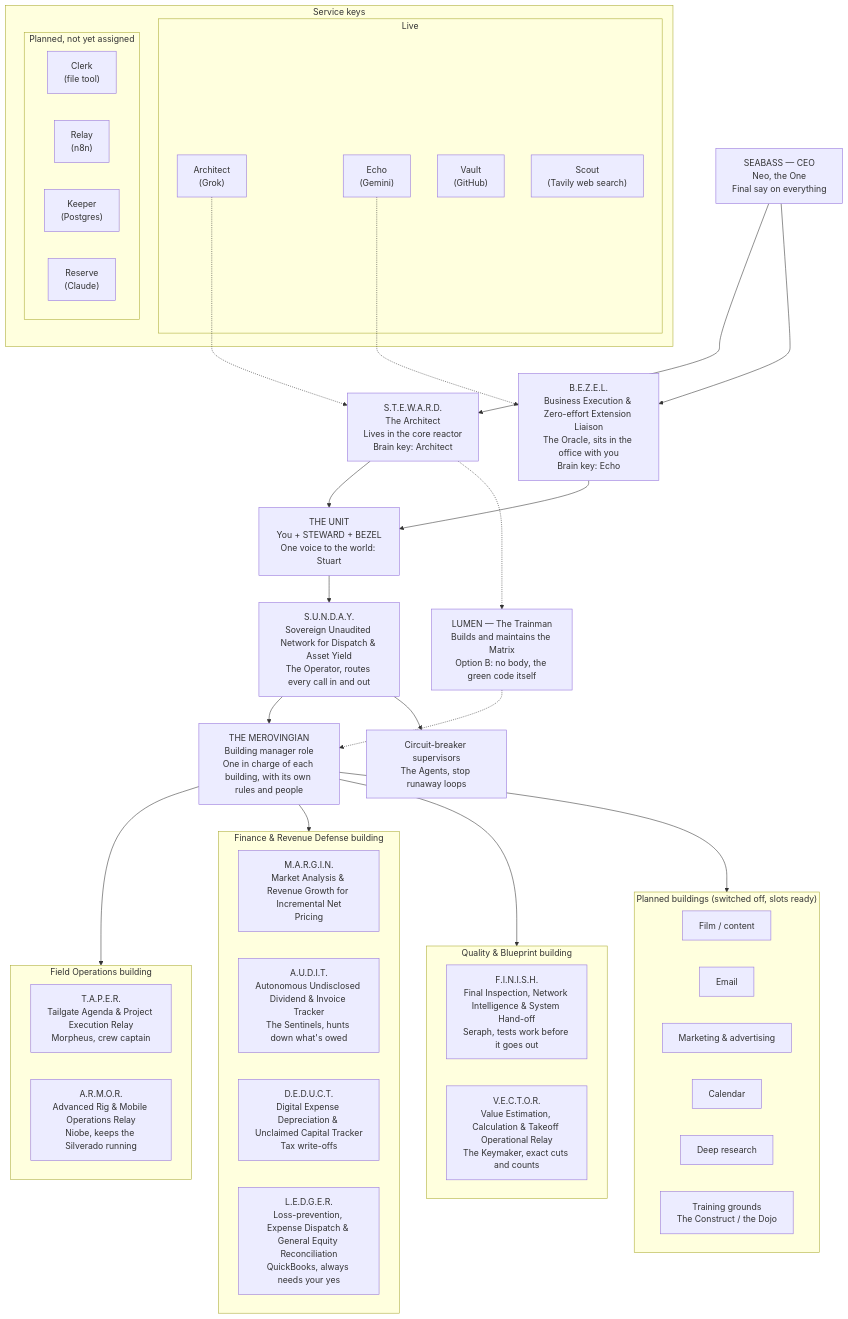
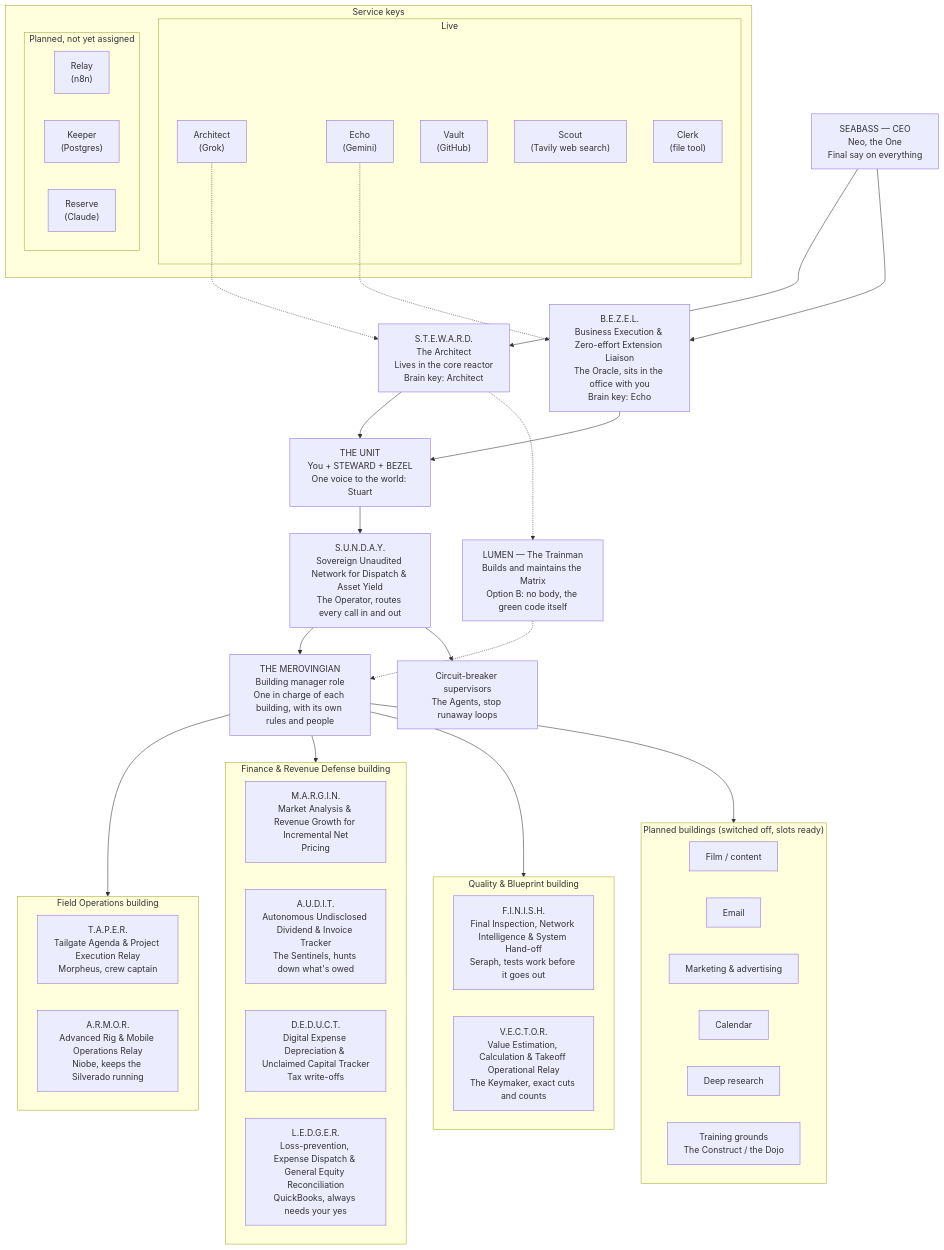
Before and after one commit to seabasskrahn/cross-coat-matrix: the diagram in docs/MIND_MAP.md, drawn with Mermaid.

Commit message:
Mind map: move Clerk (file tool) to live keys

````diff
--- a/docs/MIND_MAP.md
+++ b/docs/MIND_MAP.md
@@ -7,70 +7,70 @@
 ```mermaid
 flowchart TD
     CEO["SEABASS — CEO<br/>Neo, the One<br/>Final say on everything"]
 
     CEO --> STW["S.T.E.W.A.R.D.<br/>The Architect<br/>Lives in the core reactor<br/>Brain key: Architect"]
     CEO --> BZL["B.E.Z.E.L.<br/>Business Execution & Zero-effort Extension Liaison<br/>The Oracle, sits in the office with you<br/>Brain key: Echo"]
 
     STW --> UNIT
     BZL --> UNIT
     UNIT["THE UNIT<br/>You + STEWARD + BEZEL<br/>One voice to the world: Stuart"]
 
     UNIT --> SUN["S.U.N.D.A.Y.<br/>Sovereign Unaudited Network for Dispatch & Asset Yield<br/>The Operator, routes every call in and out"]
 
     SUN --> MER["THE MEROVINGIAN<br/>Building manager role<br/>One in charge of each building, with its own rules and people"]
 
     STW -.-> LUM["LUMEN — The Trainman<br/>Builds and maintains the Matrix<br/>Option B: no body, the green code itself"]
     LUM -.-> MER
 
     MER --> FIELD
     MER --> MONEY
     MER --> QUAL
     MER --> FUTURE
     SUN --> CB
 
     subgraph FIELD["Field Operations building"]
         TAP["T.A.P.E.R.<br/>Tailgate Agenda & Project Execution Relay<br/>Morpheus, crew captain"]
         ARM["A.R.M.O.R.<br/>Advanced Rig & Mobile Operations Relay<br/>Niobe, keeps the Silverado running"]
     end
 
     subgraph MONEY["Finance & Revenue Defense building"]
         MAR["M.A.R.G.I.N.<br/>Market Analysis & Revenue Growth for Incremental Net<br/>Pricing"]
         AUD["A.U.D.I.T.<br/>Autonomous Undisclosed Dividend & Invoice Tracker<br/>The Sentinels, hunts down what's owed"]
         DED["D.E.D.U.C.T.<br/>Digital Expense Depreciation & Unclaimed Capital Tracker<br/>Tax write-offs"]
         LED["L.E.D.G.E.R.<br/>Loss-prevention, Expense Dispatch & General Equity Reconciliation<br/>QuickBooks, always needs your yes"]
     end
 
     subgraph QUAL["Quality & Blueprint building"]
         FIN["F.I.N.I.S.H.<br/>Final Inspection, Network Intelligence & System Hand-off<br/>Seraph, tests work before it goes out"]
         VEC["V.E.C.T.O.R.<br/>Value Estimation, Calculation & Takeoff Operational Relay<br/>The Keymaker, exact cuts and counts"]
     end
 
     subgraph FUTURE["Planned buildings (switched off, slots ready)"]
         FILM["Film / content"]
         MAIL["Email"]
         MKT["Marketing & advertising"]
         CAL["Calendar"]
         RES["Deep research"]
         TRN["Training grounds<br/>The Construct / the Dojo"]
     end
 
     CB["Circuit-breaker supervisors<br/>The Agents, stop runaway loops"]
 
     subgraph KEYS["Service keys"]
         subgraph LIVE["Live"]
             K1["Architect<br/>(Grok)"]
             K2["Echo<br/>(Gemini)"]
             K3["Vault<br/>(GitHub)"]
             K4["Scout<br/>(Tavily web search)"]
+            K5["Clerk<br/>(file tool)"]
         end
         subgraph PLANNED["Planned, not yet assigned"]
-            P1["Clerk<br/>(file tool)"]
             P2["Relay<br/>(n8n)"]
             P3["Keeper<br/>(Postgres)"]
             P4["Reserve<br/>(Claude)"]
         end
     end
 
     K1 -.-> STW
     K2 -.-> BZL
 ```
````
